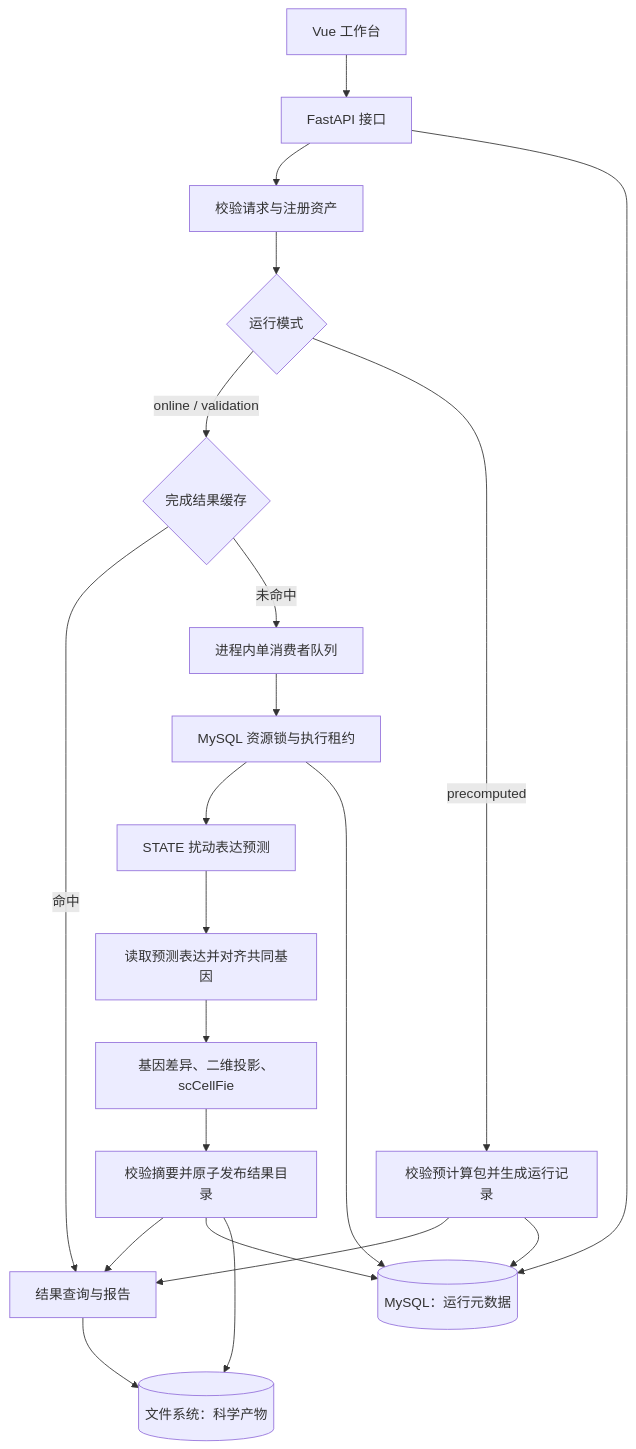
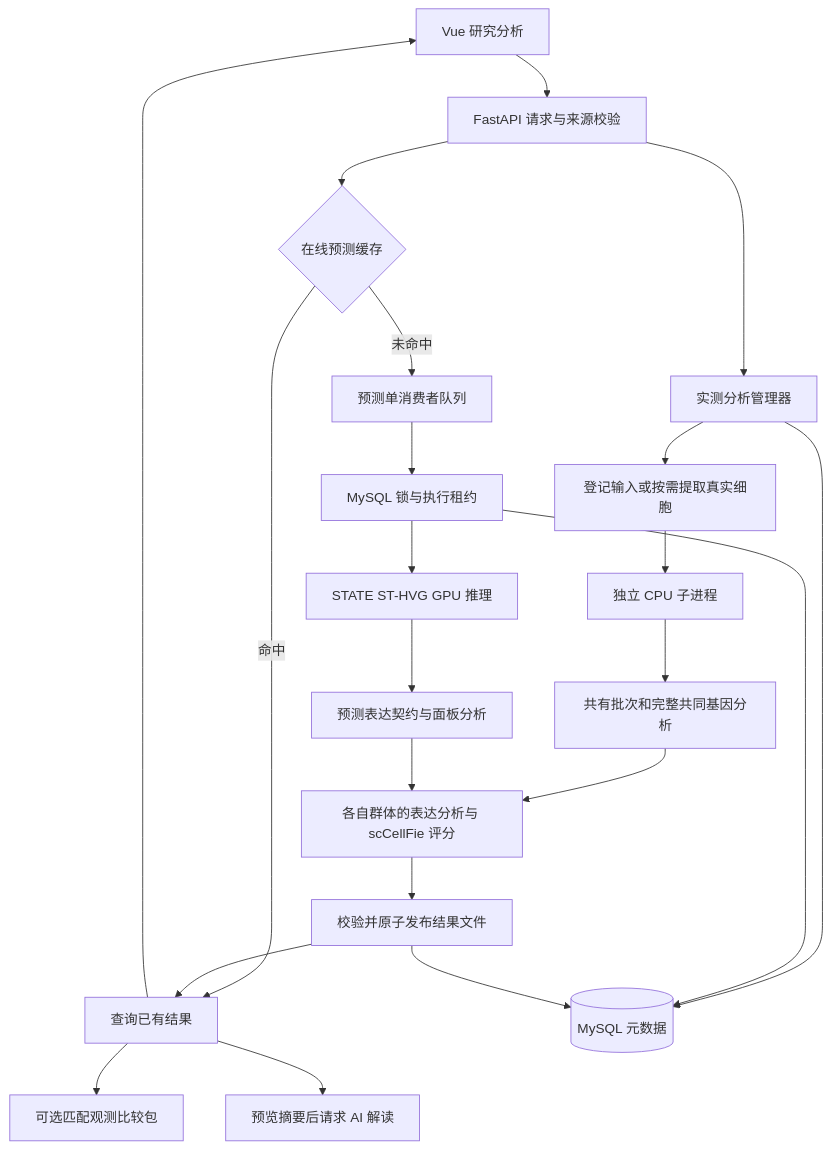
One commit to hash-distill/celllens-platform changed the diagram in docs/ARCHITECTURE.md. Above: the diagram before and after it, drawn with Mermaid. The commit also changed other lines of this file and 292 other files, not shown here.

````diff
--- a/docs/ARCHITECTURE.md
+++ b/docs/ARCHITECTURE.md
@@ -7,23 +9,24 @@
 ```mermaid
 flowchart TD
-    UI[Vue 工作台] --> API[FastAPI 接口]
-    API --> CHECK[校验请求与注册资产]
-    CHECK --> MODE{运行模式}
-    MODE -->|online / validation| CACHE{完成结果缓存}
-    CACHE -->|命中| RESULT[结果查询与报告]
-    CACHE -->|未命中| QUEUE[进程内单消费者队列]
-    QUEUE --> LOCK[MySQL 资源锁与执行租约]
-    LOCK --> STATE[STATE 扰动表达预测]
-    STATE --> ALIGN[读取预测表达并对齐共同基因]
-    ALIGN --> ANALYSIS[基因差异、二维投影、scCellFie]
-    ANALYSIS --> PUBLISH[校验摘要并原子发布结果目录]
-    PUBLISH --> RESULT
-    MODE -->|precomputed| DEMO[校验预计算包并生成运行记录]
-    DEMO --> RESULT
-    API --> DB[(MySQL：运行元数据)]
-    LOCK --> DB
-    PUBLISH --> DB
-    DEMO --> DB
-    PUBLISH --> FILES[(文件系统：科学产物)]
-    RESULT --> FILES
+    UI[Vue 研究分析] --> API[FastAPI 请求与来源校验]
+    API --> M[实测分析管理器]
+    M --> INPUT[登记输入或按需提取真实细胞]
+    INPUT --> CPU[独立 CPU 子进程]
+    CPU --> MA[共有批次和完整共同基因分析]
+    API --> CACHE{在线预测缓存}
+    CACHE -->|未命中| QUEUE[预测单消费者队列]
+    QUEUE --> LEASE[MySQL 锁与执行租约]
+    LEASE --> STATE[STATE ST-HVG GPU 推理]
+    STATE --> PA[预测表达契约与面板分析]
+    MA --> SCORE[各自群体的表达分析与 scCellFie 评分]
+    PA --> SCORE
+    SCORE --> FILES[校验并原子发布结果文件]
+    CACHE -->|命中| RESULT[查询已有结果]
+    FILES --> RESULT
+    RESULT --> UI
+    M --> DB[(MySQL 元数据)]
+    LEASE --> DB
+    FILES --> DB
+    RESULT --> COMPARE[可选匹配观测比较包]
+    RESULT --> ASSIST[预览摘要后请求 AI 解读]
 ```
````
